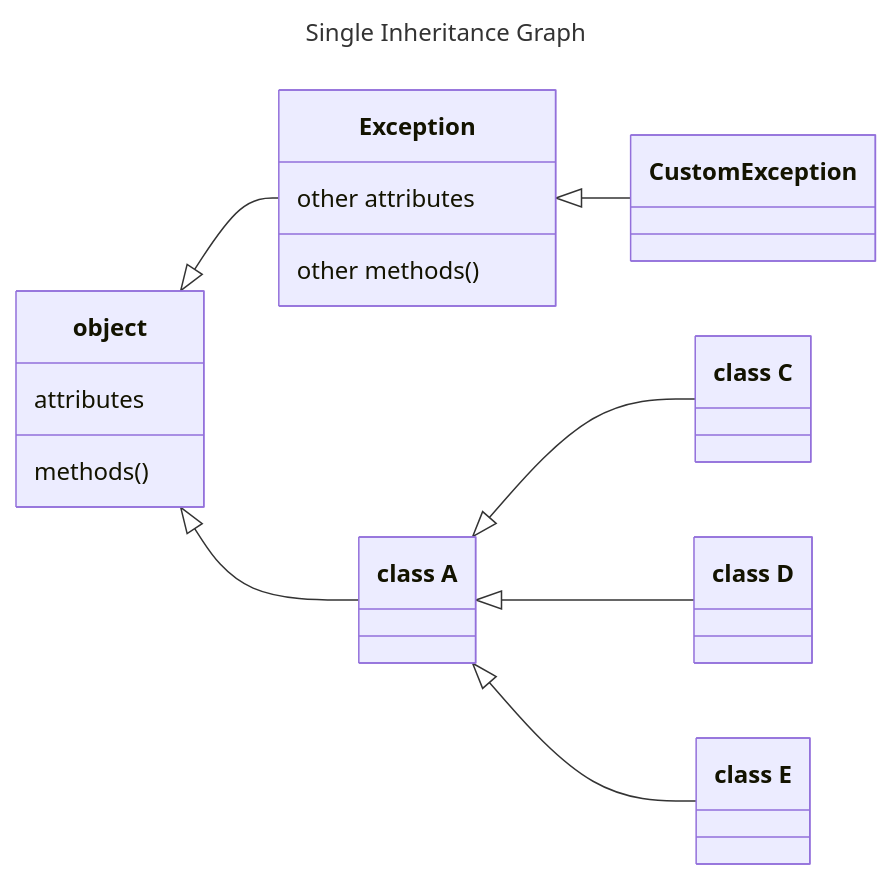
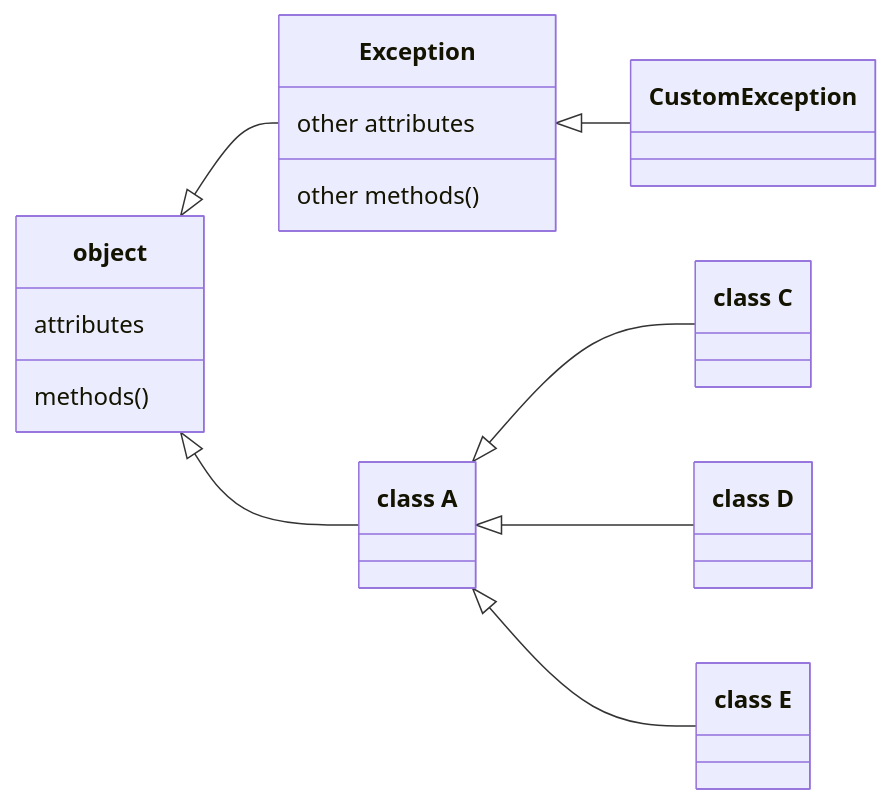
The first of 3 diagrams in _posts/2022-11-19-inheritance.md (IdioticProgramApe/IdioticProgramApe.github.io), drawn with Mermaid before and after one commit. The commit also changed other lines of this file and 1 other file, not shown here.

Commit message:
remove graph titles, seems conflicts with Jekyll

````diff
--- a/_posts/2022-11-19-inheritance.md
+++ b/_posts/2022-11-19-inheritance.md
@@ -36,30 +36,26 @@
 ```mermaid
----
-title: Single Inheritance Graph
----
-
 classDiagram
 	direction LR
 	
 	class object{
 		attributes
 		methods()
 	}
 	
 	class Exception{
 		other attributes
 		other methods()
 	}
 
 	class A["class A"]
 	class C["class C"]
 	class D["class D"]
 	class E["class E"]
 	
 	object <|-- Exception
 	object <|-- A
 	Exception <|-- CustomException
     A <|-- C
     A <|-- D
     A <|-- E
 ```
````
